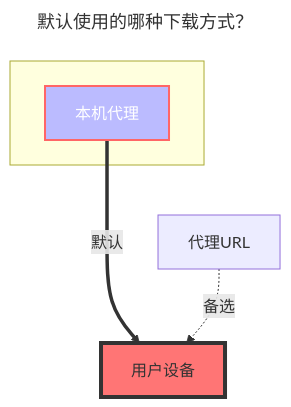
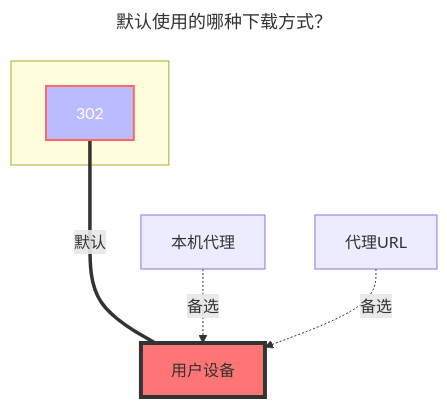
One commit to hotlcc/OpenList-Docs changed the second of 2 diagrams in pages/guide/drivers/halalcloud.md. Above: the diagram before and after it, drawn with Mermaid. The commit also changed other lines of this file and 4 other files, not shown here.

````diff
--- a/pages/guide/drivers/halalcloud.md
+++ b/pages/guide/drivers/halalcloud.md
@@ -167,16 +131,18 @@
 ```mermaid
 ---
 title: 默认使用的哪种下载方式？
 ---
 flowchart TB
-    style c1 fill:#bbf,stroke:#f66,stroke-width:2px,color:#fff
+    style a1 fill:#bbf,stroke:#f66,stroke-width:2px,color:#fff
     style a2 fill:#ff7575,stroke:#333,stroke-width:4px
     subgraph ide1 [ ]
-    c1
+    a1
     end
-    c1[本机代理]:::someclass==默认===>a2[用户设备]
+    a1[302]:::someclass====|默认|a2[用户设备]
     classDef someclass fill:#f96
+    c1[本机代理]-.备选.->a2[用户设备]
     b1[代理URL]-.备选.->a2[用户设备]
+    click a1 "../drivers/common.html#webdav-策略"
     click b1 "../drivers/common.html#webdav-策略"
     click c1 "../drivers/common.html#webdav-策略"
 ```
````
